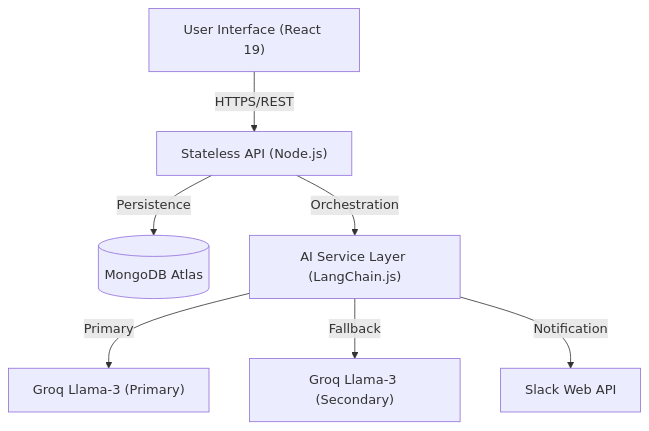
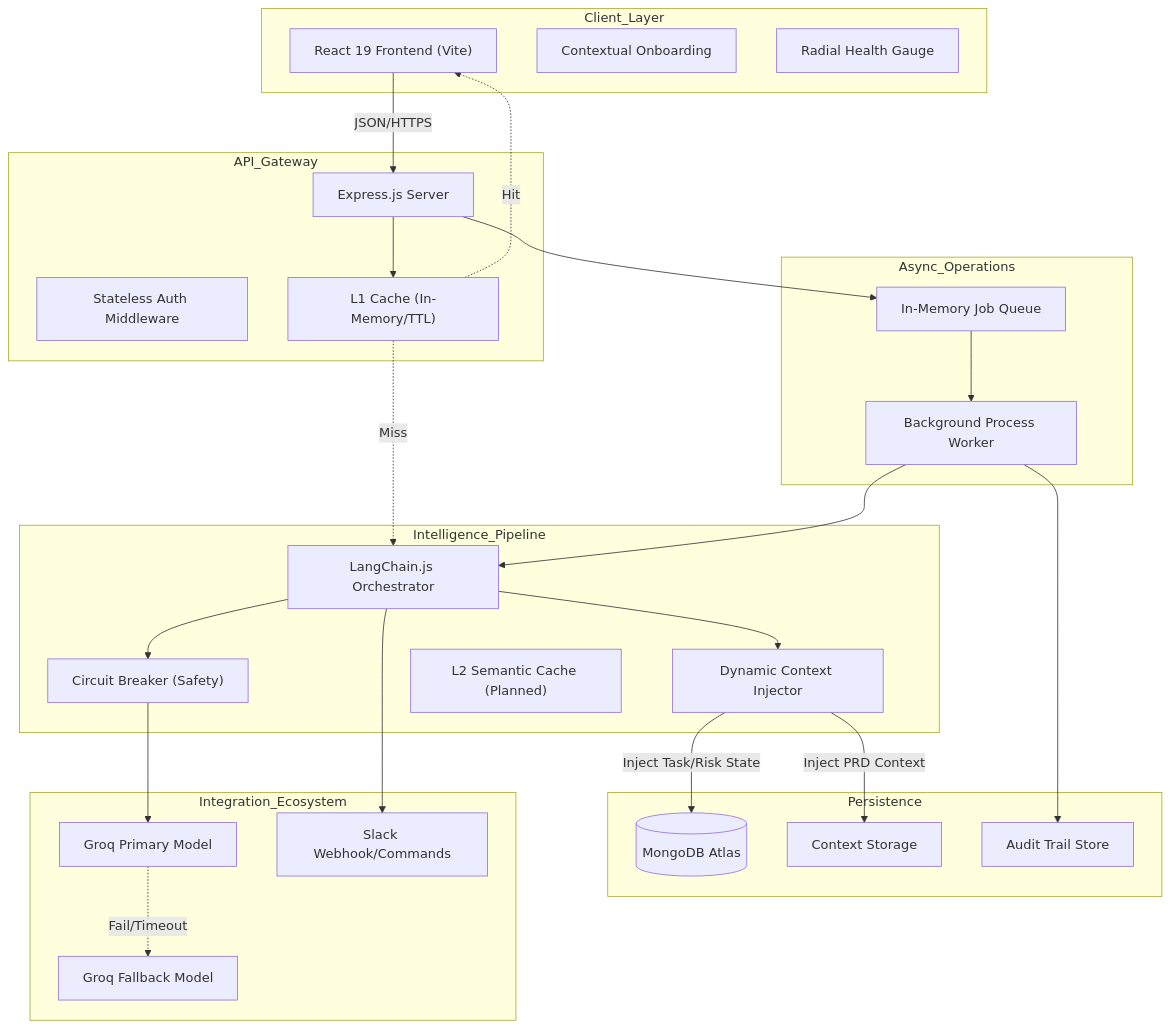
One commit to CyberShadowSensei/Project-Manager-AI-Agent changed the diagram in README.md. Above: the diagram before and after it, drawn with Mermaid. The commit also changed other lines of this file, not shown here.

Commit message:
docs: finalize architecture documentation and system links

````diff
--- a/README.md
+++ b/README.md
@@ -33,9 +40,59 @@
 ```mermaid
 graph TD
-    User["User Interface (React 19)"] -->|HTTPS/REST| API["Stateless API (Node.js)"]
-    API -->|Persistence| DB[("MongoDB Atlas")]
-    API -->|Orchestration| AIService["AI Service Layer (LangChain.js)"]
-    AIService -->|Primary| Groq1["Groq Llama-3 (Primary)"]
-    AIService -->|Fallback| Groq2["Groq Llama-3 (Secondary)"]
-    AIService -->|Notification| Slack["Slack Web API"]
+    subgraph Client_Layer
+        UI["React 19 Frontend (Vite)"]
+        Onboarding["Contextual Onboarding"]
+        HealthUI["Radial Health Gauge"]
+    end
+
+    subgraph API_Gateway
+        Express["Express.js Server"]
+        Auth["Stateless Auth Middleware"]
+        CacheL1["L1 Cache (In-Memory/TTL)"]
+    end
+
+    subgraph Intelligence_Pipeline
+        Orchestrator["LangChain.js Orchestrator"]
+        ContextManager["Dynamic Context Injector"]
+        Breaker["Circuit Breaker (Safety)"]
+        CacheL2["L2 Semantic Cache (Planned)"]
+    end
+
+    subgraph Async_Operations
+        Queue["In-Memory Job Queue"]
+        Worker["Background Process Worker"]
+    end
+
+    subgraph Persistence
+        DB[("MongoDB Atlas")]
+        ProjectDocs["Context Storage"]
+        AuditLogs["Audit Trail Store"]
+    end
+
+    subgraph Integration_Ecosystem
+        Groq1["Groq Primary Model"]
+        Groq2["Groq Fallback Model"]
+        Slack["Slack Webhook/Commands"]
+    end
+
+    %% Flow Definitions
+    UI -->|JSON/HTTPS| Express
+    Express --> CacheL1
+    CacheL1 -.->|Hit| UI
+    CacheL1 -.->|Miss| Orchestrator
+
+    Orchestrator --> ContextManager
+    ContextManager -->|Inject Task/Risk State| DB
+    ContextManager -->|Inject PRD Context| ProjectDocs
+
+    Orchestrator --> Breaker
+    Breaker --> Groq1
+    Groq1 -.->|Fail/Timeout| Groq2
+
+    Express --> Queue
+    Queue --> Worker
+    Worker --> Orchestrator
+    Worker --> AuditLogs
+
+    Orchestrator --> Slack
 ```
````
